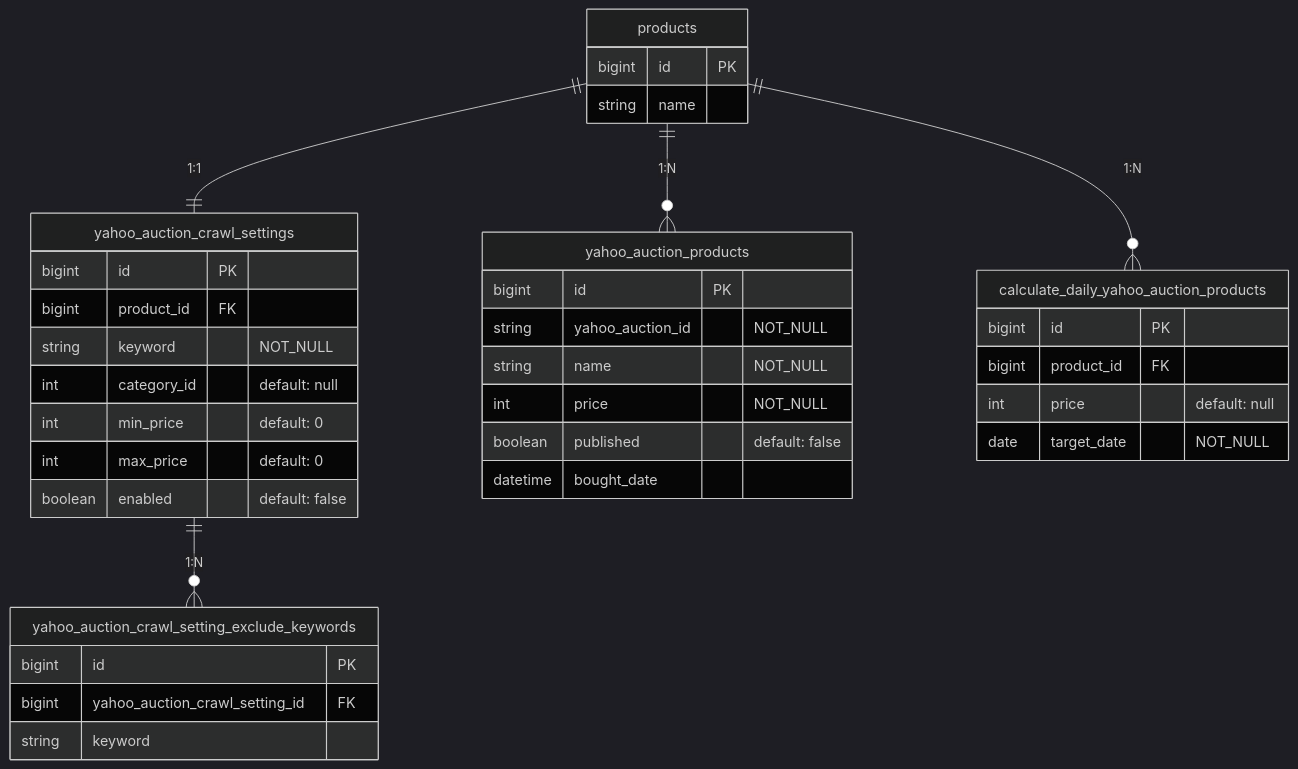
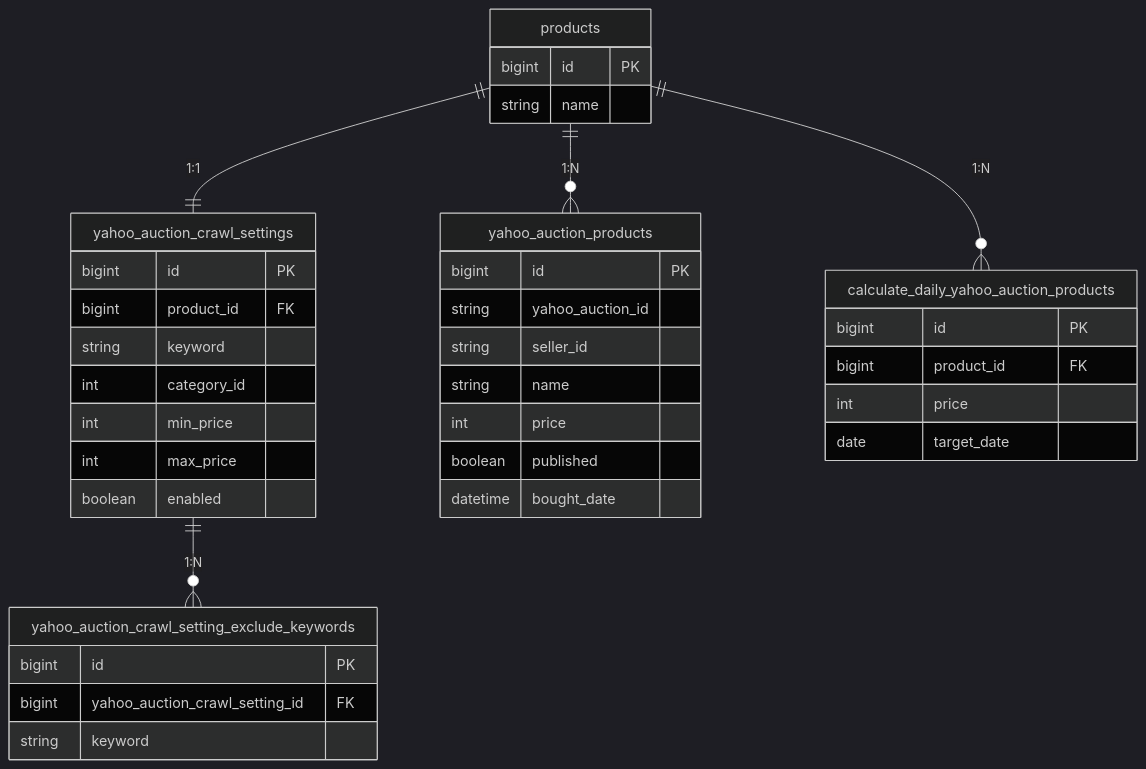
Before and after one commit to kuroweb/price-monitoring: the second of 4 diagrams in README.md, drawn with Mermaid (dark theme). The commit also changed other lines of this file, not shown here.

````diff
--- a/README.md
+++ b/README.md
@@ -74,40 +76,41 @@
 ```mermaid
 erDiagram
   products {
     bigint id PK
     string name
   }
   yahoo_auction_crawl_settings {
     bigint id PK
     bigint product_id FK
-    string keyword "NOT_NULL"
-    int category_id "default: null"
-    int min_price "default: 0"
-    int max_price "default: 0"
-    boolean enabled "default: false"
+    string keyword
+    int category_id
+    int min_price
+    int max_price
+    boolean enabled
   }
   yahoo_auction_crawl_setting_exclude_keywords {
     bigint id PK
     bigint yahoo_auction_crawl_setting_id FK
     string keyword
   }
   yahoo_auction_products {
     bigint id PK
-    string yahoo_auction_id "NOT_NULL"
-    string name "NOT_NULL"
-    int price "NOT_NULL"
-    boolean published "default: false"
+    string yahoo_auction_id
+    string seller_id
+    string name
+    int price
+    boolean published
     datetime bought_date
   }
   calculate_daily_yahoo_auction_products {
     bigint id PK
     bigint product_id FK
-    int price "default: null"
-    date target_date "NOT_NULL"
+    int price
+    date target_date
   }
 
   products ||--|| yahoo_auction_crawl_settings : "1:1"
   yahoo_auction_crawl_settings ||--o{ yahoo_auction_crawl_setting_exclude_keywords : "1:N"
   products ||--o{ yahoo_auction_products : "1:N"
   products ||--o{ calculate_daily_yahoo_auction_products : "1:N"
 ```
````
